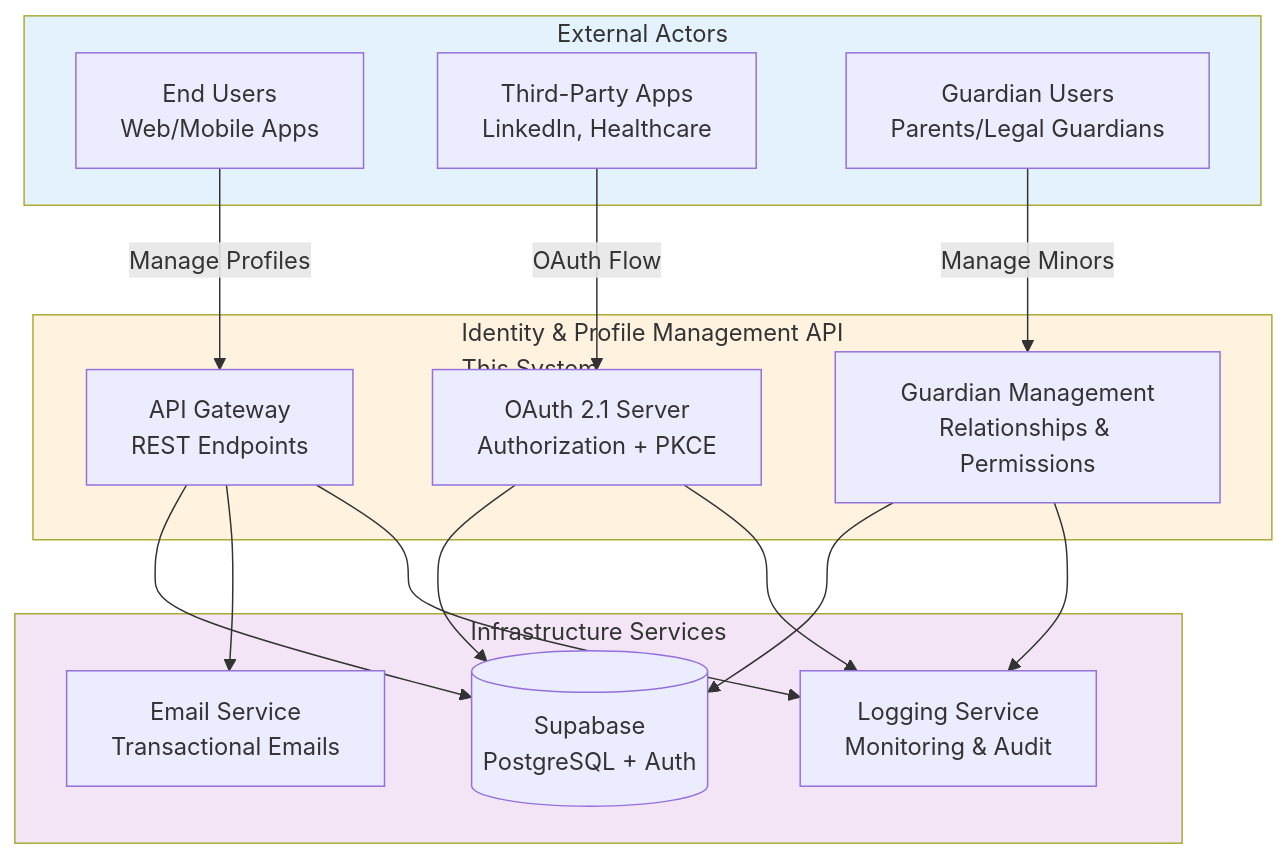
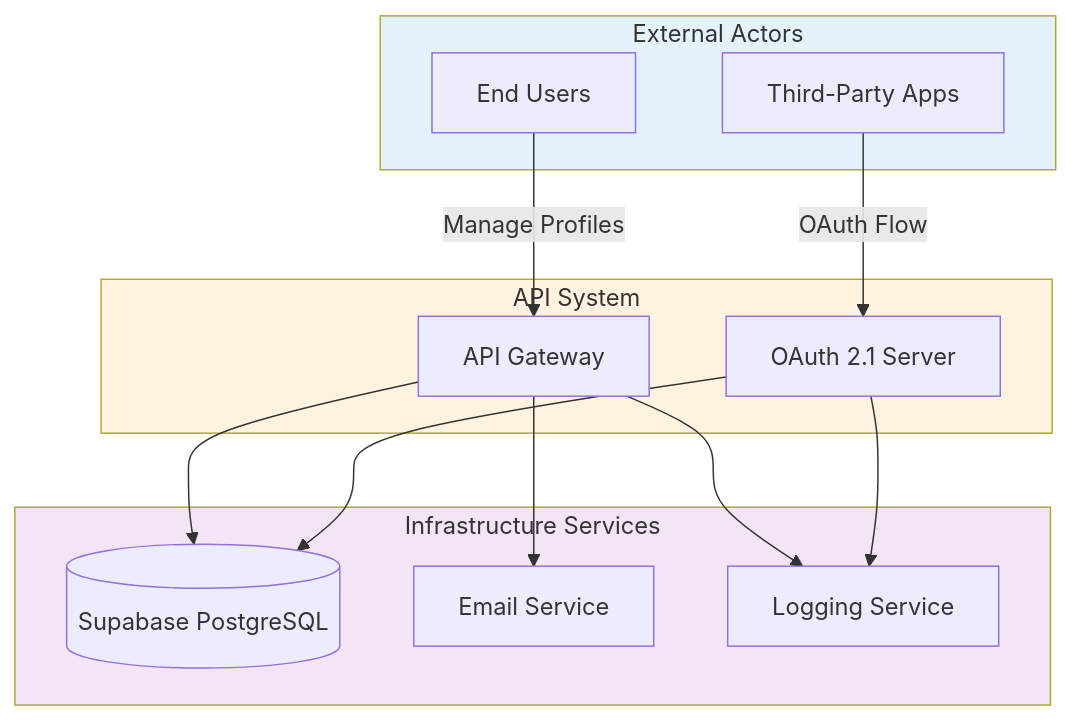
One commit to mastrolinux/final-project changed the diagram in architecture/system-context.qmd. Above: the diagram before and after it, drawn with Mermaid. The commit also changed other lines of this file and 21 other files, not shown here.

First line of the commit message:
Remove guardian system from project scope.

````diff
--- a/architecture/system-context.qmd
+++ b/architecture/system-context.qmd
@@ -5,39 +5,32 @@
 ```{mermaid}
-
-
 graph TB
     subgraph External["External Actors"]
-        EndUsers[End Users<br/>Web/Mobile Apps]
-        ThirdParty[Third-Party Apps<br/>LinkedIn, Healthcare]
-        Guardians[Guardian Users<br/>Parents/Legal Guardians]
+        EndUsers[End Users]
+        ThirdParty[Third-Party Apps]
     end
-    
-    subgraph System["Identity & Profile Management API<br/>This System"]
-        APIGateway[API Gateway<br/>REST Endpoints]
-        OAuth[OAuth 2.1 Server<br/>Authorization + PKCE]
-        Guardian[Guardian Management<br/>Relationships & Permissions]
+
+    subgraph System["API System"]
+        APIGateway[API Gateway]
+        OAuth[OAuth 2.1 Server]
     end
-    
+
     subgraph Infrastructure["Infrastructure Services"]
-        Supabase[(Supabase<br/>PostgreSQL + Auth)]
-        Email[Email Service<br/>Transactional Emails]
-        Logging[Logging Service<br/>Monitoring & Audit]
+        Supabase[(Supabase PostgreSQL)]
+        Email[Email Service]
+        Logging[Logging Service]
     end
-    
+
     EndUsers -->|Manage Profiles| APIGateway
     ThirdParty -->|OAuth Flow| OAuth
-    Guardians -->|Manage Minors| Guardian
-    
+
     APIGateway --> Supabase
     OAuth --> Supabase
-    Guardian --> Supabase
-    
+
     APIGateway --> Email
     APIGateway --> Logging
     OAuth --> Logging
-    Guardian --> Logging
-    
+
     style External fill:#e3f2fd
     style System fill:#fff3e0
     style Infrastructure fill:#f3e5f5
 ```
````
